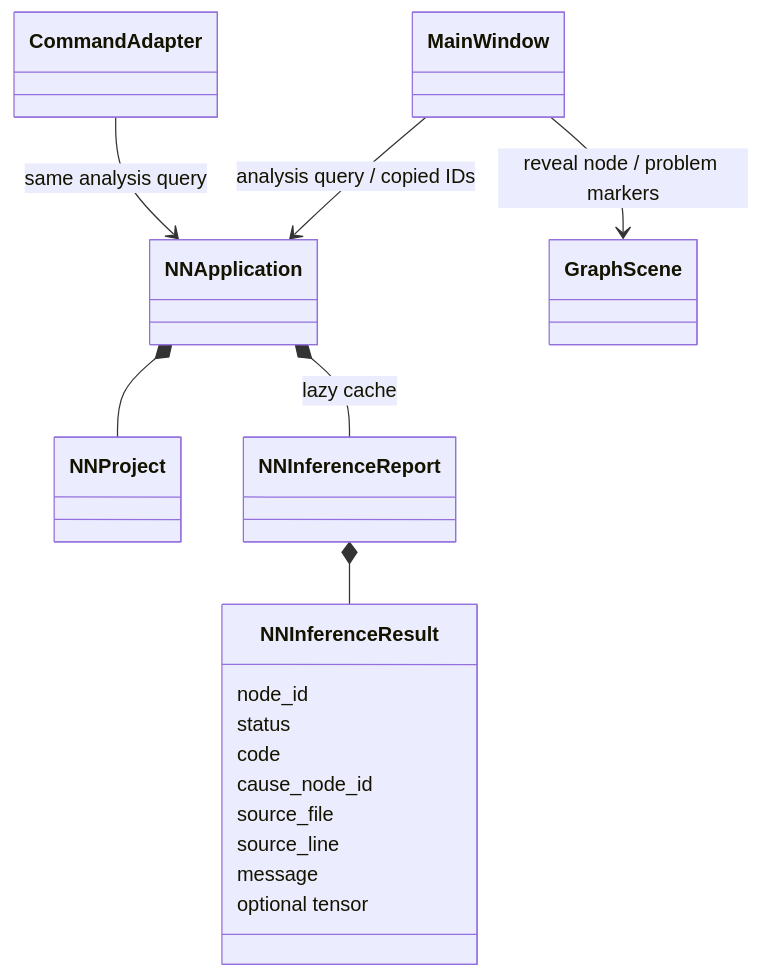
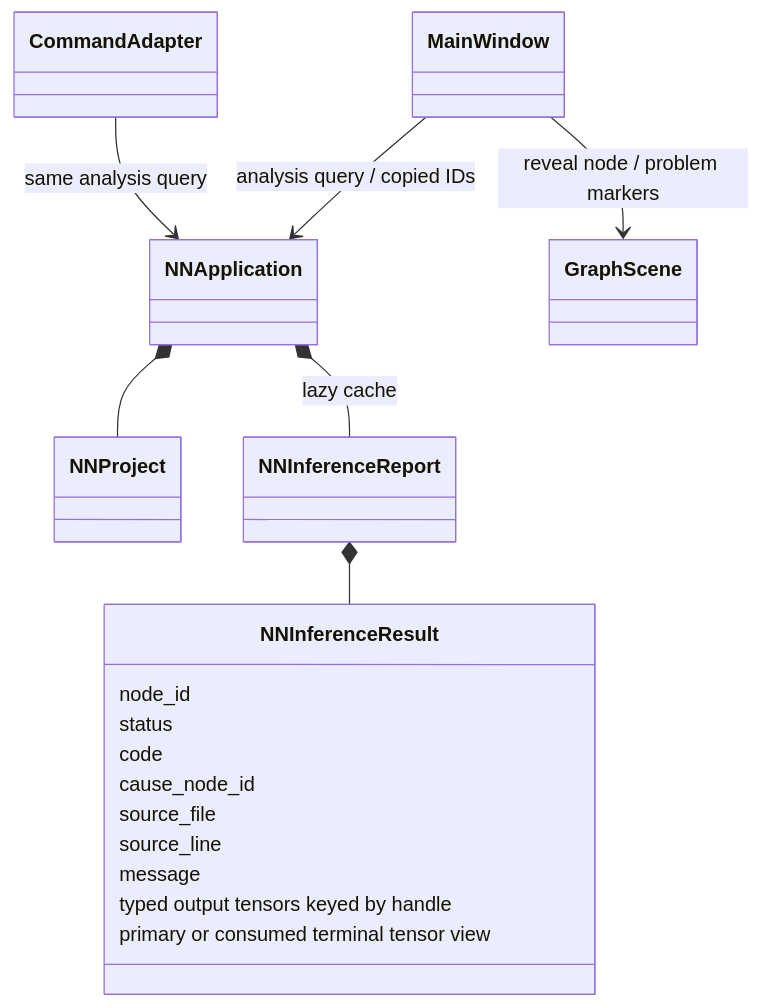
Before and after one commit to LucaSforza/nnmodelling-ui: the first of 2 diagrams in docs/knowledge/uml/diagnostics.md, drawn with Mermaid. The commit also changed other lines of this file and 19 other files, not shown here.

Commit message:
docs: accept typed output/loss handles and mapped subflow terminals

````diff
--- a/docs/knowledge/uml/diagnostics.md
+++ b/docs/knowledge/uml/diagnostics.md
@@ -5,17 +5,18 @@
 ```mermaid
 classDiagram
     NNApplication *-- NNProject
     NNApplication *-- NNInferenceReport : lazy cache
     NNInferenceReport *-- NNInferenceResult
     NNInferenceResult : node_id
     NNInferenceResult : status
     NNInferenceResult : code
     NNInferenceResult : cause_node_id
     NNInferenceResult : source_file
     NNInferenceResult : source_line
     NNInferenceResult : message
-    NNInferenceResult : optional tensor
+    NNInferenceResult : typed output tensors keyed by handle
+    NNInferenceResult : primary or consumed terminal tensor view
     MainWindow --> NNApplication : analysis query / copied IDs
     CommandAdapter --> NNApplication : same analysis query
     MainWindow --> GraphScene : reveal node / problem markers
 ```
````
